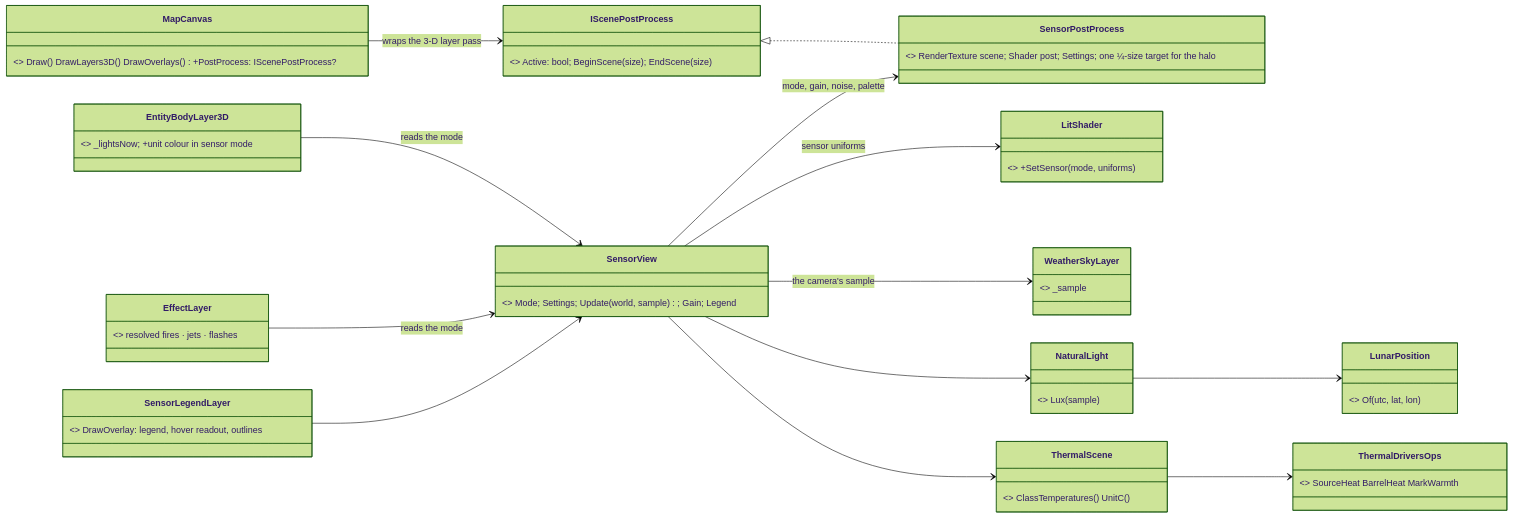
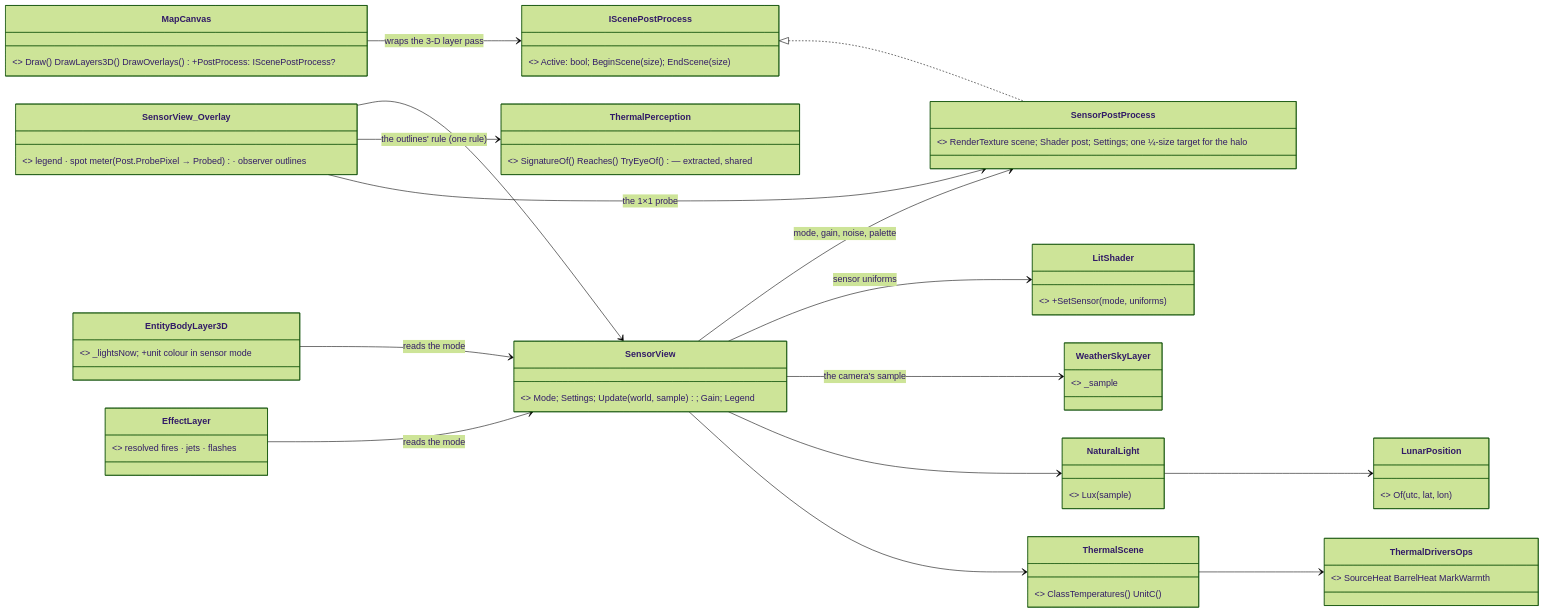
The second of 6 diagrams in docs/designs/sensor-view/DESIGN_Sensor_View.md (pjanec/HROT), drawn with Mermaid (forest theme) before and after one commit. The commit also changed other lines of this file and 12 other files, not shown here.

````diff
--- a/docs/designs/sensor-view/DESIGN_Sensor_View.md
+++ b/docs/designs/sensor-view/DESIGN_Sensor_View.md
@@ -201,29 +218,32 @@
 ```mermaid
 classDiagram
   direction LR
   class MapCanvas { <<existing, FDP>> Draw() DrawLayers3D() DrawOverlays() +PostProcess: IScenePostProcess? }
   class IScenePostProcess { <<NEW, FDP>> Active: bool; BeginScene(size); EndScene(size) }
   class SensorPostProcess { <<NEW, FDP Vis3D>> RenderTexture scene; Shader post; Settings; one ¼-size target for the halo }
   class LitShader { <<existing>> +SetSensor(mode, uniforms) }
   class SensorView { <<NEW, Hrot.Presentation Map3D>> Mode; Settings; Update(world, sample); Gain; Legend }
-  class SensorLegendLayer { <<NEW, IMapLayer>> DrawOverlay: legend, hover readout, outlines }
+  class SensorView_Overlay { <<AS-BUILT: SensorView.DrawOverlay>> legend · spot meter (Post.ProbePixel → Probed) · observer outlines }
+  class ThermalPerception { <<existing, the AI sensor>> SignatureOf() Reaches() TryEyeOf() — extracted, shared }
   class WeatherSkyLayer { <<existing>> _sample }
   class EntityBodyLayer3D { <<existing>> _lightsNow; +unit colour in sensor mode }
   class EffectLayer { <<existing>> resolved fires · jets · flashes }
   class NaturalLight { <<NEW, Fdp.Toolkits Weather>> Lux(sample) }
   class LunarPosition { <<NEW, Fdp.Toolkits Weather>> Of(utc, lat, lon) }
   class ThermalScene { <<NEW, Fdp.Toolkits Signatures>> ClassTemperatures() UnitC() }
   class ThermalDriversOps { <<existing>> SourceHeat BarrelHeat MarkWarmth }
   MapCanvas --> IScenePostProcess : wraps the 3-D layer pass
   IScenePostProcess <|.. SensorPostProcess
   SensorView --> SensorPostProcess : mode, gain, noise, palette
   SensorView --> LitShader : sensor uniforms
   SensorView --> WeatherSkyLayer : the camera's sample
   SensorView --> NaturalLight
   NaturalLight --> LunarPosition
   SensorView --> ThermalScene
   ThermalScene --> ThermalDriversOps
   EntityBodyLayer3D --> SensorView : reads the mode
   EffectLayer --> SensorView : reads the mode
-  SensorLegendLayer --> SensorView
+  SensorView_Overlay --> SensorView
+  SensorView_Overlay --> ThermalPerception : the outlines' rule (one rule)
+  SensorView_Overlay --> SensorPostProcess : the 1×1 probe
 ```
````
